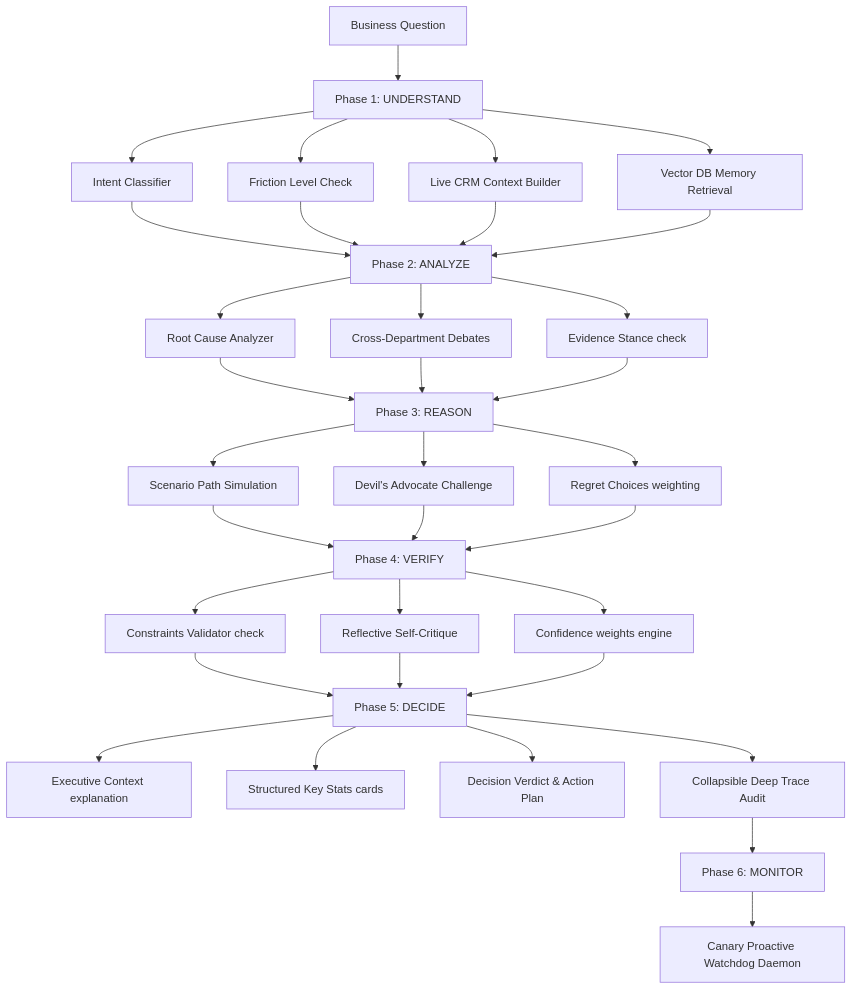
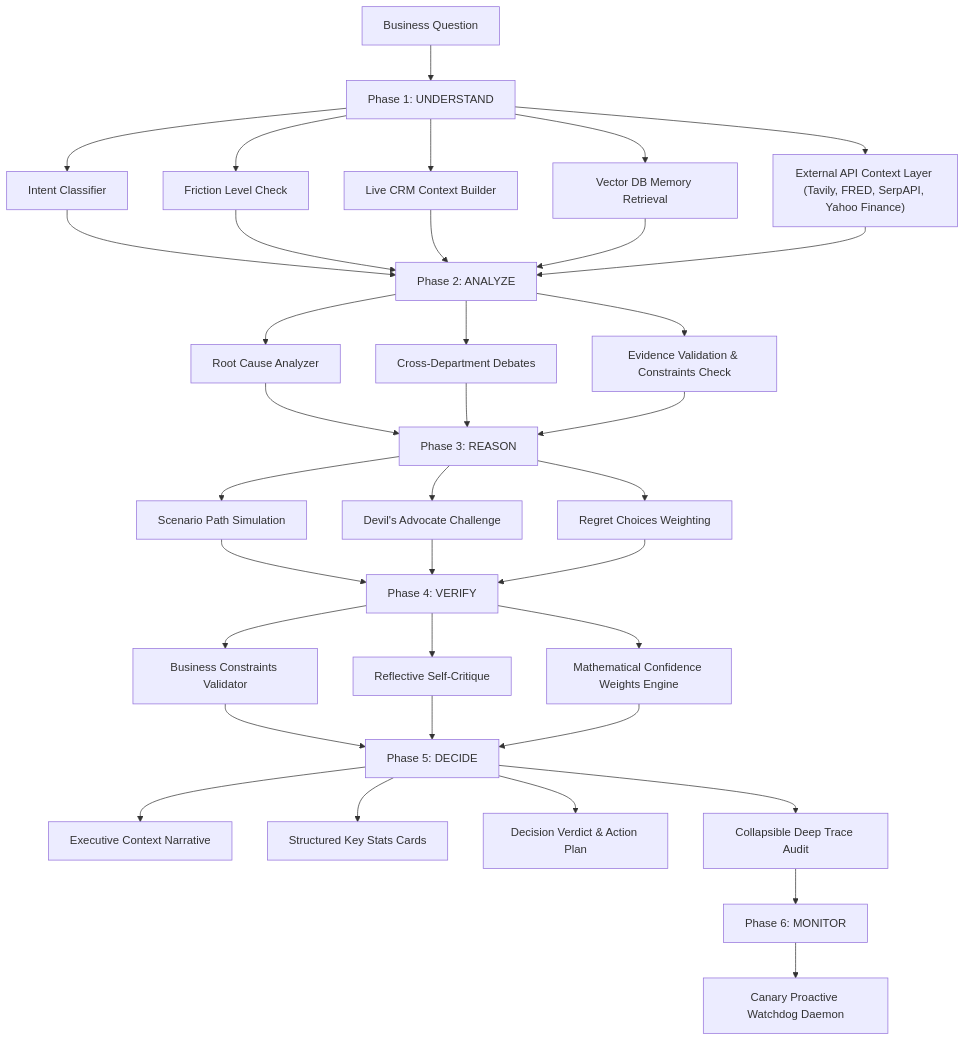
Before and after one commit to TharunRam08/Friction_AI_Latest: the diagram in README.md, drawn with Mermaid. The commit also changed other lines of this file and 12 other files, not shown here.

Commit message:
Integrate advisory external API context layer, robust JSON validation, watchdog UI fixes, and complete documentation update

````diff
--- a/README.md
+++ b/README.md
@@ -13,32 +13,33 @@
 ```mermaid
 graph TD
     A[Business Question] --> B[Phase 1: UNDERSTAND]
     B --> B1[Intent Classifier]
     B --> B2[Friction Level Check]
     B --> B3[Live CRM Context Builder]
     B --> B4[Vector DB Memory Retrieval]
+    B --> B5["External API Context Layer (Tavily, FRED, SerpAPI, Yahoo Finance)"]
     
-    B1 & B2 & B3 & B4 --> C[Phase 2: ANALYZE]
+    B1 & B2 & B3 & B4 & B5 --> C[Phase 2: ANALYZE]
     C --> C1[Root Cause Analyzer]
     C --> C2[Cross-Department Debates]
-    C --> C3[Evidence Stance check]
+    C --> C3[Evidence Validation & Constraints Check]
     
     C1 & C2 & C3 --> D[Phase 3: REASON]
     D --> D1[Scenario Path Simulation]
     D --> D2[Devil's Advocate Challenge]
-    D --> D3[Regret Choices weighting]
+    D --> D3[Regret Choices Weighting]
     
     D1 & D2 & D3 --> E[Phase 4: VERIFY]
-    E --> E1[Constraints Validator check]
+    E --> E1[Business Constraints Validator]
     E --> E2[Reflective Self-Critique]
-    E --> E3[Confidence weights engine]
+    E --> E3[Mathematical Confidence Weights Engine]
     
     E1 & E2 & E3 --> F[Phase 5: DECIDE]
-    F --> F1[Executive Context explanation]
-    F --> F2[Structured Key Stats cards]
+    F --> F1[Executive Context Narrative]
+    F --> F2[Structured Key Stats Cards]
     F --> F3[Decision Verdict & Action Plan]
     F --> F4[Collapsible Deep Trace Audit]
 
     F4 --> G[Phase 6: MONITOR]
     G --> G1[Canary Proactive Watchdog Daemon]
 ```
````
